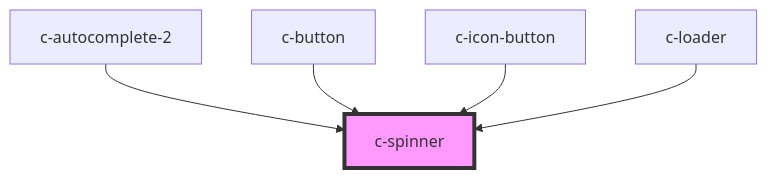
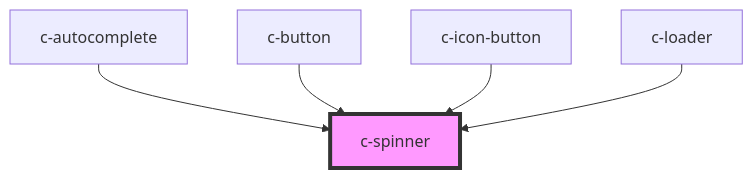
Before and after one commit to CSCfi/ui: the diagram in packages/csc-ui/src/components/c-spinner/readme.md, drawn with Mermaid. The commit also changed other lines of this file and 67 other files, not shown here.

````diff
--- a/packages/csc-ui/src/components/c-spinner/readme.md
+++ b/packages/csc-ui/src/components/c-spinner/readme.md
@@ -27,8 +34,8 @@
 ```mermaid
 graph TD;
-  c-autocomplete-2 --> c-spinner
+  c-autocomplete --> c-spinner
   c-button --> c-spinner
   c-icon-button --> c-spinner
   c-loader --> c-spinner
   style c-spinner fill:#f9f,stroke:#333,stroke-width:4px
 ```
````
